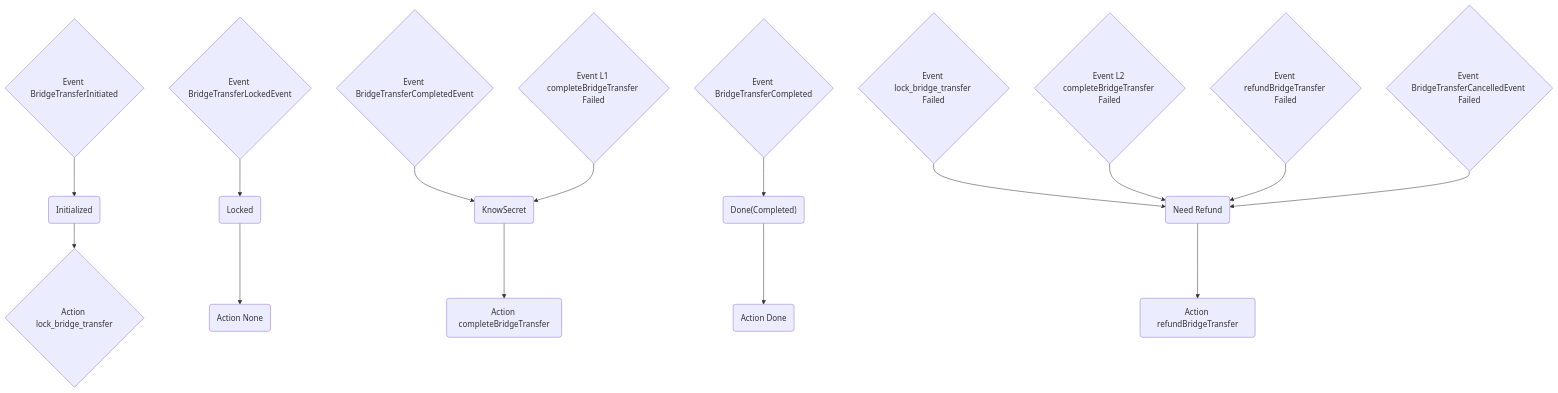
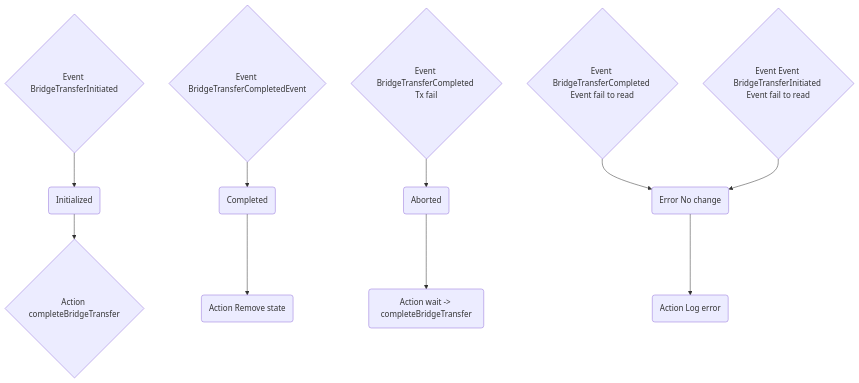
The second of 2 diagrams in protocol-units/bridge/state_logic.md (movementlabsxyz/movement), drawn with Mermaid before and after one commit. The commit also changed other lines of this file, not shown here.

Commit message:
update state logic with the bridge protocol

````diff
--- a/protocol-units/bridge/state_logic.md
+++ b/protocol-units/bridge/state_logic.md
@@ -42,26 +18,17 @@
 ```mermaid
 flowchart TB
+
+  BE{"Event BridgeTransferInitiated"}-->BB("Initialized")
+  BB -->BA{"Action completeBridgeTransfer"}
+
+  CE{"Event BridgeTransferCompletedEvent"}-->CC("Completed")
+  CC -->CA("Action Remove state")
  
-  BE{"Event BridgeTransferInitiated"}-->BB("Initialized")
-  BB -->BA{"Action lock_bridge_transfer"}
+  DE{"Event BridgeTransferCompleted Tx fail"}-->DD("Aborted")
+  DD -->DA("Action wait -> completeBridgeTransfer")
 
-  CE{"Event BridgeTransferLockedEvent"}-->CC("Locked")
-  CC -->CA("Action None")
- 
-  DE{"Event BridgeTransferCompletedEvent"}-->DD("KnowSecret")
-  DD -->DA("Action completeBridgeTransfer")
-  DDE{"Event L1 completeBridgeTransfer Failed"}-->DD
-
-  EE{"Event BridgeTransferCompleted"}-->EEE("Done(Completed)")
-  EEE -->EA("Action Done")
-
-
-  FE{"Event lock_bridge_transfer Failed"}-->FF(""Need Refund"")
-  FF -->FA("Action refundBridgeTransfer")
-
-  GE{"Event L2 completeBridgeTransfer Failed"}-->FF
-  HE{"Event refundBridgeTransfer Failed"}-->FF
-  IE{"Event BridgeTransferCancelledEvent Failed"}-->FF
-
+  EE{"Event BridgeTransferCompleted Event fail to read"}-->EEE("Error No change")
+  EEE -->EA("Action Log error")
+  FE{"Event Event BridgeTransferInitiated Event fail to read"}-->EEE("Error No change")
  
 ```
````
